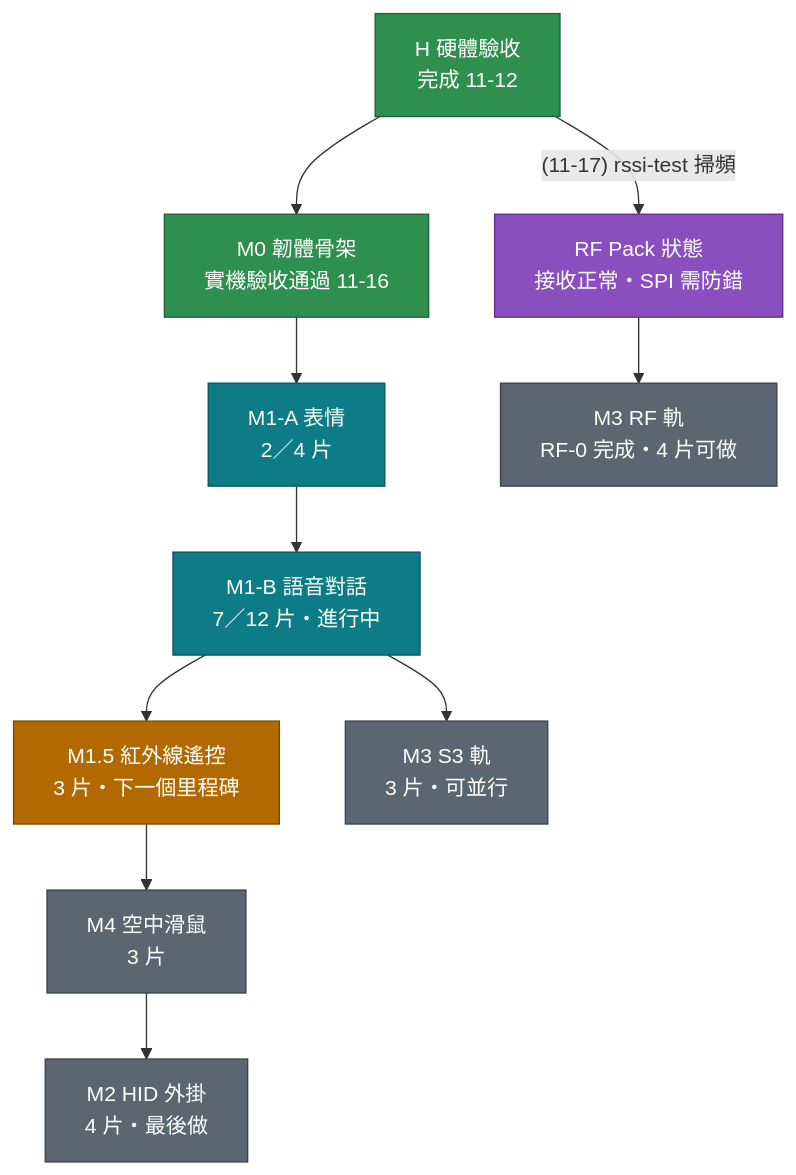
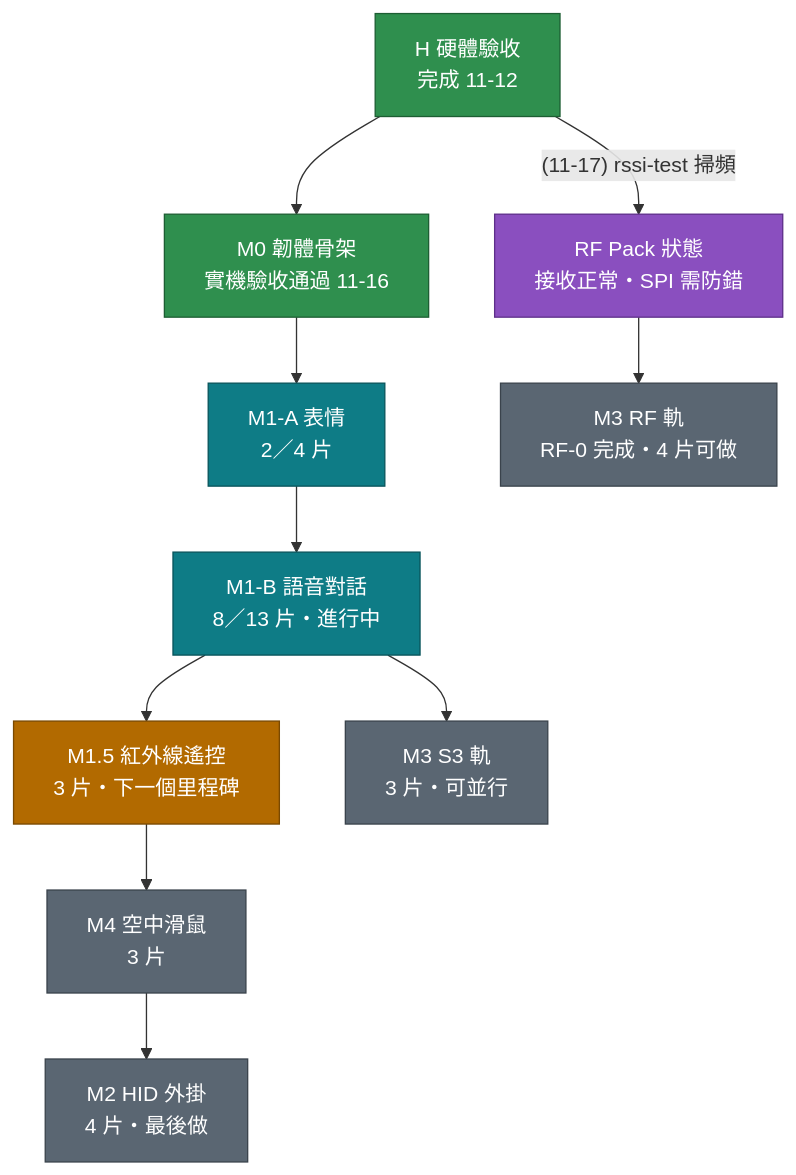
Before and after one commit to MilesYP/m5sticks3: the first of 2 diagrams in docs/StickS3 執行計劃.md, drawn with Mermaid. The commit also changed other lines of this file and 7 other files, not shown here.

````diff
--- a/docs/StickS3 執行計劃.md
+++ b/docs/StickS3 執行計劃.md
@@ -29,28 +29,28 @@
 ```mermaid
 flowchart TD
     H["H 硬體驗收<br>完成 11-12"]
     M0["M0 韌體骨架<br>實機驗收通過 11-16"]
     M1A["M1-A 表情<br>2／4 片"]
-    M1B["M1-B 語音對話<br>7／12 片・進行中"]
+    M1B["M1-B 語音對話<br>8／13 片・進行中"]
     M15["M1.5 紅外線遙控<br>3 片・下一個里程碑"]
     M4["M4 空中滑鼠<br>3 片"]
     M2["M2 HID 外掛<br>4 片・最後做"]
     M3S["M3 S3 軌<br>3 片・可並行"]
     M3R["M3 RF 軌<br>RF-0 完成・4 片可做"]
     RS["RF Pack 狀態<br>接收正常・SPI 需防錯"]
 
     H --> M0 --> M1A --> M1B --> M15 --> M4 --> M2
     M1B --> M3S
     H -->|"(11-17) rssi-test 掃頻"| RS --> M3R
 
     classDef done fill:#2f8f4e,color:#ffffff,stroke:#1d5e33
     classDef doing fill:#0e7c86,color:#ffffff,stroke:#08545b
     classDef next fill:#b26a00,color:#ffffff,stroke:#7a4900
     classDef todo fill:#5a6672,color:#ffffff,stroke:#3a434c
     classDef gate fill:#8a4fbf,color:#ffffff,stroke:#5e2f8a
     class H,M0 done
     class M1A,M1B doing
     class M15 next
     class M4,M2,M3S,M3R todo
     class RS gate
 ```
````
